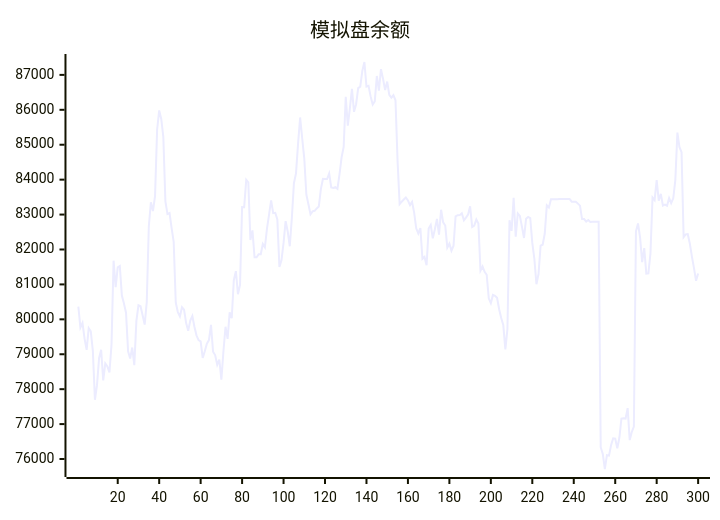
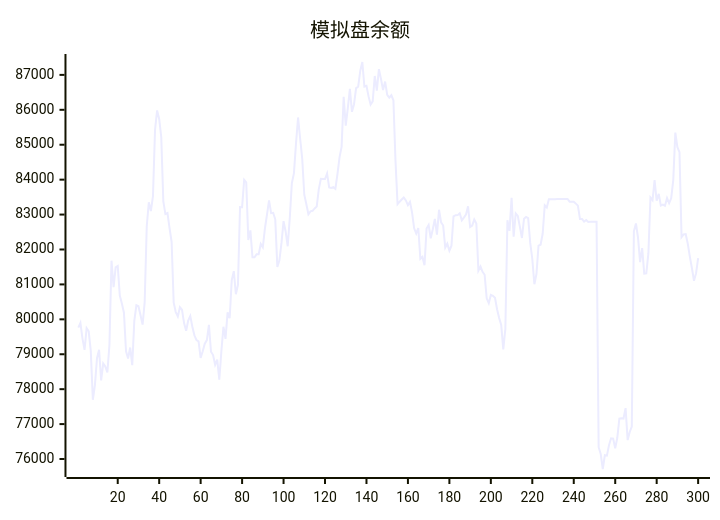
The diagram in README.md (aahl/ai-trading), drawn with Mermaid before and after one commit. The commit also changed other lines of this file and 1 other file, not shown here.

````diff
--- a/README.md
+++ b/README.md
@@ -5,5 +5,5 @@
 ```mermaid
 xychart
     title "模拟盘余额"
-    line [80366,79761,79896,79448,79126,79749,79658,79097,77695,78114,78888,79126,78249,78738,78653,78478,79271,81680,80923,81488,81527,80681,80455,80190,79084,78879,79193,78686,79954,80403,80374,80118,79848,80491,82665,83351,83098,83525,85430,85983,85737,85221,83378,83014,83043,82613,82216,80477,80208,80081,80348,80277,79894,79670,79965,80093,79786,79542,79406,79371,78893,79087,79304,79406,79841,79072,78978,78696,78846,78272,79085,79787,79442,80198,80031,81120,81379,80718,80985,83214,83212,83993,83921,82270,82547,81776,81776,81866,81866,82158,82061,82596,83000,83408,83041,83050,82858,81503,81691,82188,82812,82517,82092,82901,83898,84180,85030,85781,85178,84604,83569,83298,83008,83093,83107,83175,83228,83729,84025,84017,84019,84177,83775,83762,83785,83738,84160,84639,84939,86370,85548,86046,86599,85942,86161,86622,86664,87115,87369,86666,86685,86384,86152,86243,86969,86548,87164,86885,86566,86809,86427,86348,86417,86273,84538,83299,83369,83430,83490,83404,83270,83362,83056,82605,82459,82614,81734,81788,81551,82598,82702,82320,82580,82878,82426,83139,82778,82686,82056,82166,81963,82110,82951,82983,82984,83038,82838,82915,82998,83235,82642,82682,82858,82746,81396,81512,81362,81277,80600,80461,80699,80673,80616,80288,80038,79836,79142,79722,82837,82533,83480,82366,83032,82960,82654,82330,82883,82934,82901,82188,81728,81005,81298,82110,82135,82449,83264,83203,83440,83439,83440,83440,83446,83447,83448,83447,83448,83449,83369,83369,83369,83313,83256,82872,82873,82801,82844,82785,82791,82791,82793,82794,76339,76145,75714,76110,76096,76397,76594,76585,76310,76607,77160,77170,77160,77456,76541,76774,76927,82520,82744,82337,81639,82040,81307,81314,81887,83490,83414,83984,83396,83594,83261,83287,83253,83470,83327,83465,83987,85348,84930,84786,82355,82433,82438,82167,81795,81466,81105,81315]
+    line [79761,79896,79448,79126,79749,79658,79097,77695,78114,78888,79126,78249,78738,78653,78478,79271,81680,80923,81488,81527,80681,80455,80190,79084,78879,79193,78686,79954,80403,80374,80118,79848,80491,82665,83351,83098,83525,85430,85983,85737,85221,83378,83014,83043,82613,82216,80477,80208,80081,80348,80277,79894,79670,79965,80093,79786,79542,79406,79371,78893,79087,79304,79406,79841,79072,78978,78696,78846,78272,79085,79787,79442,80198,80031,81120,81379,80718,80985,83214,83212,83993,83921,82270,82547,81776,81776,81866,81866,82158,82061,82596,83000,83408,83041,83050,82858,81503,81691,82188,82812,82517,82092,82901,83898,84180,85030,85781,85178,84604,83569,83298,83008,83093,83107,83175,83228,83729,84025,84017,84019,84177,83775,83762,83785,83738,84160,84639,84939,86370,85548,86046,86599,85942,86161,86622,86664,87115,87369,86666,86685,86384,86152,86243,86969,86548,87164,86885,86566,86809,86427,86348,86417,86273,84538,83299,83369,83430,83490,83404,83270,83362,83056,82605,82459,82614,81734,81788,81551,82598,82702,82320,82580,82878,82426,83139,82778,82686,82056,82166,81963,82110,82951,82983,82984,83038,82838,82915,82998,83235,82642,82682,82858,82746,81396,81512,81362,81277,80600,80461,80699,80673,80616,80288,80038,79836,79142,79722,82837,82533,83480,82366,83032,82960,82654,82330,82883,82934,82901,82188,81728,81005,81298,82110,82135,82449,83264,83203,83440,83439,83440,83440,83446,83447,83448,83447,83448,83449,83369,83369,83369,83313,83256,82872,82873,82801,82844,82785,82791,82791,82793,82794,76339,76145,75714,76110,76096,76397,76594,76585,76310,76607,77160,77170,77160,77456,76541,76774,76927,82520,82744,82337,81639,82040,81307,81314,81887,83490,83414,83984,83396,83594,83261,83287,83253,83470,83327,83465,83987,85348,84930,84786,82355,82433,82438,82167,81795,81466,81105,81315,81756]
 ```
````
